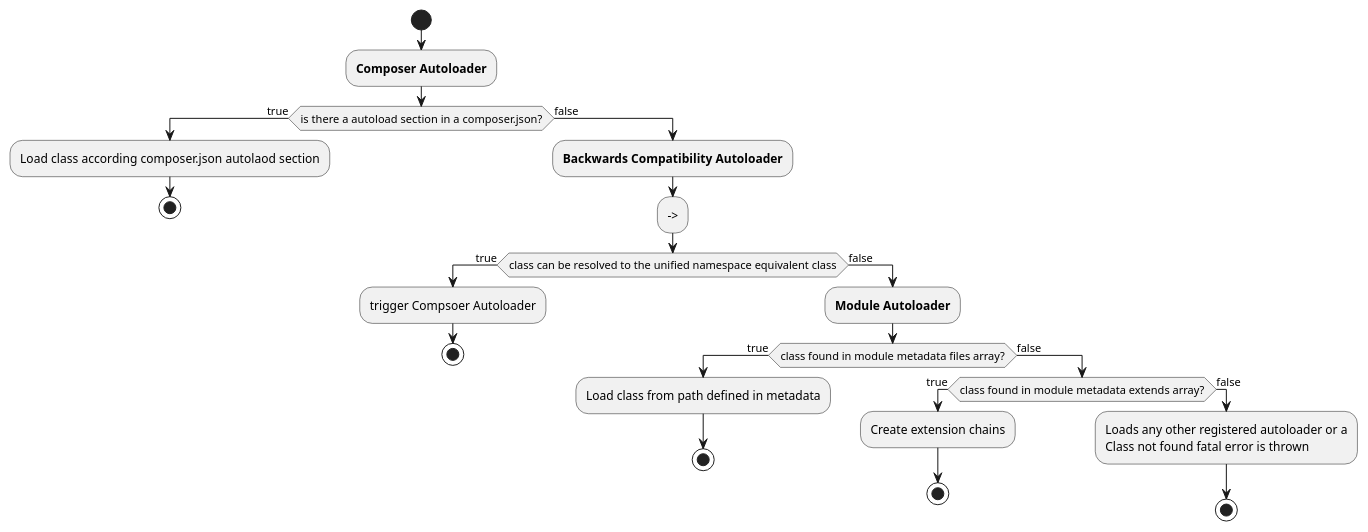
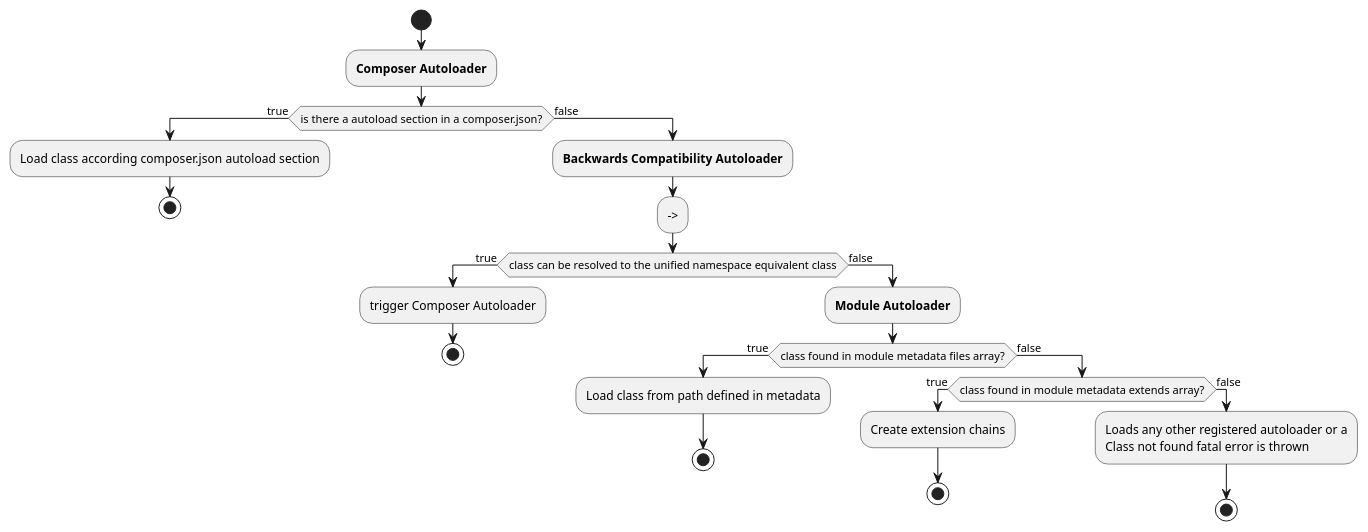
Before and after one commit to OXID-eSales/developer_documentation: the diagram in system_architecture/resources/autoloading.puml, drawn with PlantUML. The commit also changed 9 other files, not shown here.

```diff
--- a/system_architecture/resources/autoloading.puml
+++ b/system_architecture/resources/autoloading.puml
@@ -1,30 +1,30 @@
 @startuml
    start
    :<b>Composer Autoloader</b>;
        if (is there a autoload section in a composer.json?) then (true)
-           :Load class according composer.json autolaod section;
+           :Load class according composer.json autoload section;
            stop
        else (false)
            :<b>Backwards Compatibility Autoloader</b>;
            -->
            if (class can be resolved to the unified namespace equivalent class) then (true)
-               :trigger Compsoer Autoloader;
+               :trigger Composer Autoloader;
                stop
            else (false)
                :<b>Module Autoloader</b>;
                if (class found in module metadata files array?) then (true)
                    :Load class from path defined in metadata;
                    stop
                else (false)
                    if (class found in module metadata extends array?) then (true)
                        :Create extension chains;
                        stop
                    else (false)
                        :Loads any other registered autoloader or a
                        Class not found fatal error is thrown;
                        stop
                    endif
                endif
            endif
        endif
     @enduml
```
